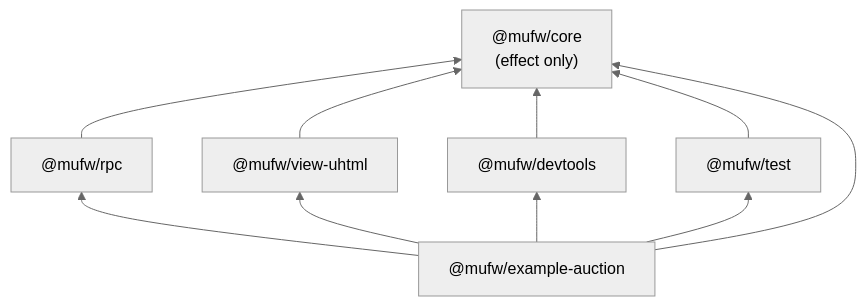
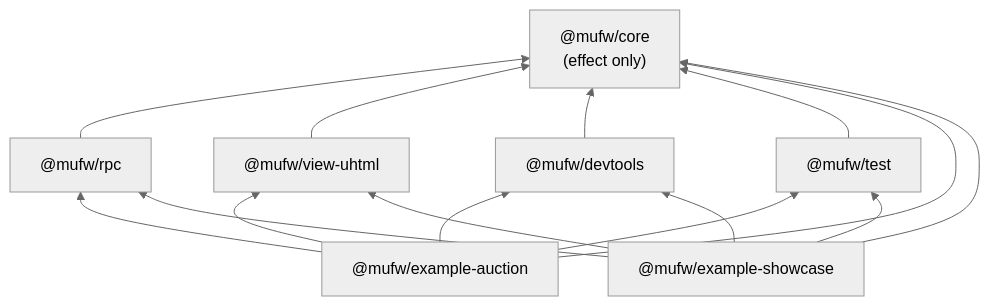
One commit to Trebh/microfw changed the second of 2 diagrams in docs/ARCHITECTURE.md. Above: the diagram before and after it, drawn with Mermaid (neutral theme). The commit also changed other lines of this file and 76 other files, not shown here.

````diff
--- a/docs/ARCHITECTURE.md
+++ b/docs/ARCHITECTURE.md
@@ -58,9 +58,10 @@
 ```mermaid
 flowchart BT
   core["@mufw/core<br/>(effect only)"]
   rpc["@mufw/rpc"] --> core
   view["@mufw/view-uhtml"] --> core
   devtools["@mufw/devtools"] --> core
   test["@mufw/test"] --> core
   example["@mufw/example-auction"] --> rpc & view & devtools & test & core
+  showcase["@mufw/example-showcase"] --> rpc & view & devtools & test & core
 ```
````
